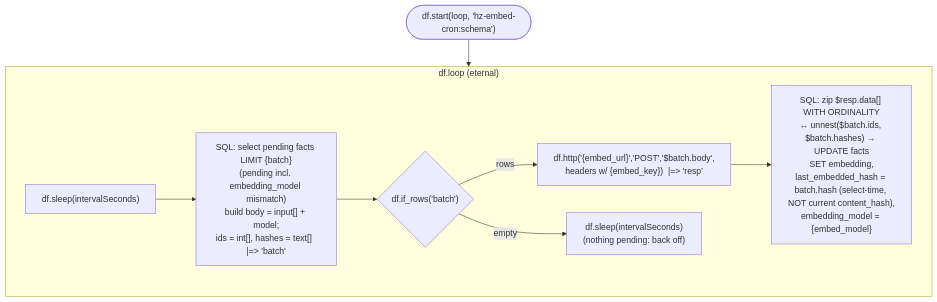
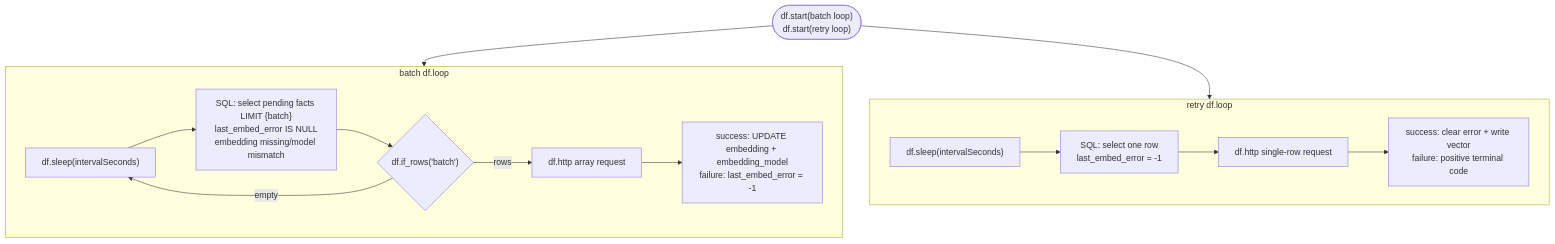
The fifth of 11 diagrams in docs/proposals/enhancedfactstore/03-design.md (affandar/PilotSwarm), drawn with Mermaid before and after one commit. The commit also changed other lines of this file and 42 other files, not shown here.

````diff
--- a/docs/proposals/enhancedfactstore/03-design.md
+++ b/docs/proposals/enhancedfactstore/03-design.md
@@ -268,15 +267,22 @@
 ```mermaid
 flowchart TB
-  S(["df.start(loop, 'hz-embed-cron:schema')"]) --> L
-  subgraph L["df.loop (eternal)"]
+  S(["df.start(batch loop)<br/>df.start(retry loop)"]) --> B
+  S --> R
+  subgraph B["batch df.loop"]
     SL["df.sleep(intervalSeconds)"]
-    Q["SQL: select pending facts LIMIT {batch}<br/>(pending incl. embedding_model mismatch)<br/>build body = input[] + model;<br/>ids = int[], hashes = text[]  |=> 'batch'"]
+    Q["SQL: select pending facts LIMIT {batch}<br/>last_embed_error IS NULL<br/>embedding missing/model mismatch"]
     IF{"df.if_rows('batch')"}
-    H["df.http('{embed_url}','POST','$batch.body',<br/>headers w/ {embed_key})  |=> 'resp'"]
-    U["SQL: zip $resp.data[] WITH ORDINALITY<br/>↔ unnest($batch.ids, $batch.hashes) → UPDATE facts<br/>SET embedding,<br/>last_embedded_hash = batch.hash (select-time, NOT current content_hash),<br/>embedding_model = {embed_model}"]
-    BK["df.sleep(intervalSeconds)<br/>(nothing pending: back off)"]
+    H["df.http array request"]
+    U["success: UPDATE embedding + embedding_model<br/>failure: last_embed_error = -1"]
     SL --> Q --> IF
     IF -- rows --> H --> U
-    IF -- empty --> BK
+    IF -- empty --> SL
+  end
+  subgraph R["retry df.loop"]
+    RS["df.sleep(intervalSeconds)"]
+    RQ["SQL: select one row<br/>last_embed_error = -1"]
+    RH["df.http single-row request"]
+    RU["success: clear error + write vector<br/>failure: positive terminal code"]
+    RS --> RQ --> RH --> RU
   end
 ```
````
